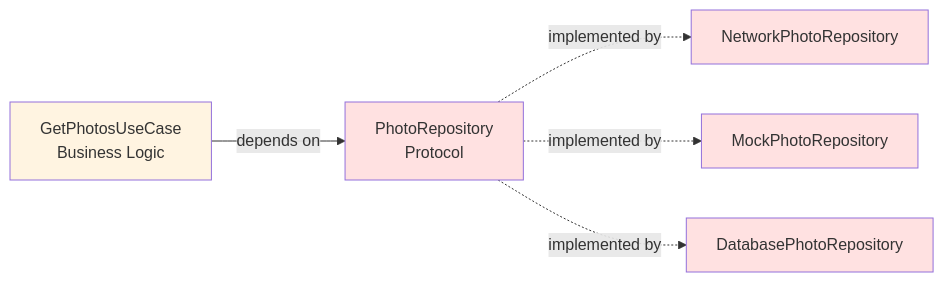
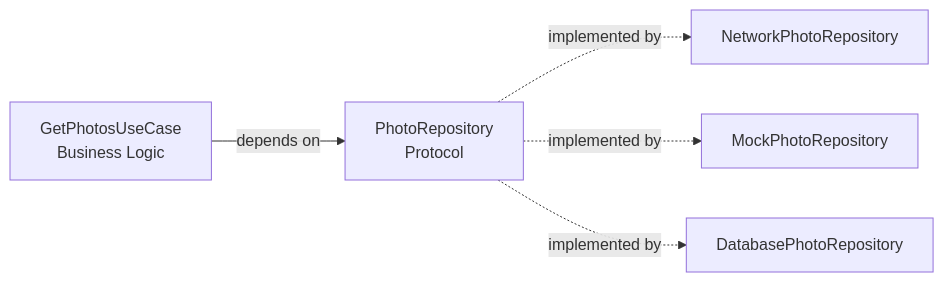
One commit to Zhabonchik/public-obsidian-vault-java-concurrency changed the fourth of 5 diagrams in content/Swift/MVVM + Clean.md. Above: the diagram before and after it, drawn with Mermaid. The commit also changed other lines of this file, not shown here.

````diff
--- a/content/Swift/MVVM + Clean.md
+++ b/content/Swift/MVVM + Clean.md
@@ -209,19 +191,13 @@
 ```mermaid
 graph LR
     UC[GetPhotosUseCase<br/>Business Logic]
     Protocol[PhotoRepository<br/>Protocol]
     Net[NetworkPhotoRepository]
     Mock[MockPhotoRepository]
     DB[DatabasePhotoRepository]
     
     UC -->|depends on| Protocol
     Protocol -.->|implemented by| Net
     Protocol -.->|implemented by| Mock
     Protocol -.->|implemented by| DB
-    
-    style UC fill:#fff4e1
-    style Protocol fill:#ffe1e1
-    style Net fill:#ffe1e1
-    style Mock fill:#ffe1e1
-    style DB fill:#ffe1e1
 ```
````
